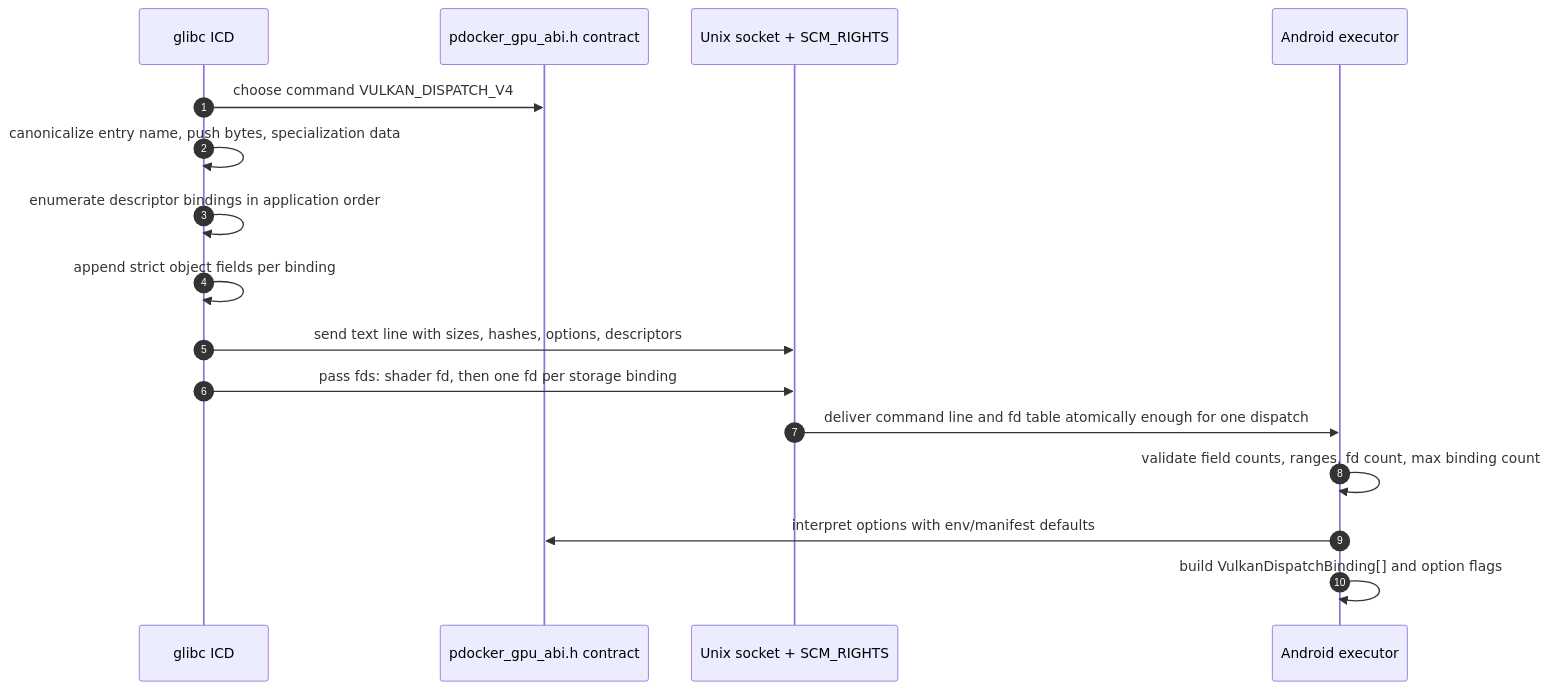
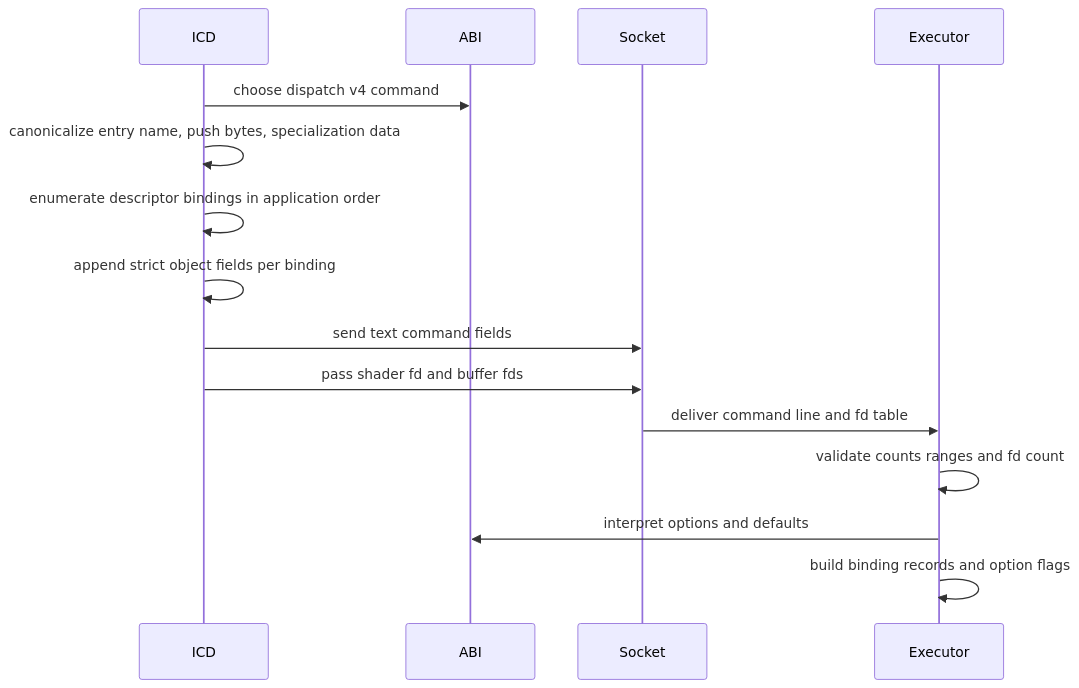
One commit to ryo100794/skydnir changed the second of 6 diagrams in docs/design/VULKAN_BRIDGE_SEQUENCE.md. Above: the diagram before and after it, drawn with Mermaid. The commit also changed other lines of this file and 7 other files, not shown here.

````diff
--- a/docs/design/VULKAN_BRIDGE_SEQUENCE.md
+++ b/docs/design/VULKAN_BRIDGE_SEQUENCE.md
@@ -87,19 +87,18 @@
 ```mermaid
 sequenceDiagram
-    autonumber
-    participant ICD as glibc ICD
-    participant ABI as pdocker_gpu_abi.h contract
-    participant Unix as Unix socket + SCM_RIGHTS
-    participant Exec as Android executor
+    participant ICD
+    participant ABI
+    participant Socket
+    participant Executor
 
-    ICD->>ABI: choose command VULKAN_DISPATCH_V4
+    ICD->>ABI: choose dispatch v4 command
     ICD->>ICD: canonicalize entry name, push bytes, specialization data
     ICD->>ICD: enumerate descriptor bindings in application order
     ICD->>ICD: append strict object fields per binding
-    ICD->>Unix: send text line with sizes, hashes, options, descriptors
-    ICD->>Unix: pass fds: shader fd, then one fd per storage binding
-    Unix->>Exec: deliver command line and fd table atomically enough for one dispatch
-    Exec->>Exec: validate field counts, ranges, fd count, max binding count
-    Exec->>ABI: interpret options with env/manifest defaults
-    Exec->>Exec: build VulkanDispatchBinding[] and option flags
+    ICD->>Socket: send text command fields
+    ICD->>Socket: pass shader fd and buffer fds
+    Socket->>Executor: deliver command line and fd table
+    Executor->>Executor: validate counts ranges and fd count
+    Executor->>ABI: interpret options and defaults
+    Executor->>Executor: build binding records and option flags
 ```
````
